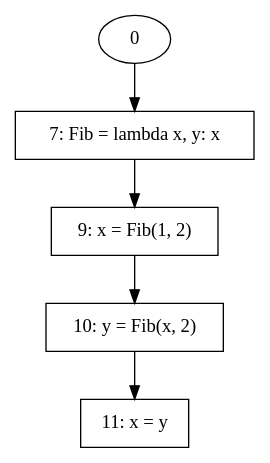
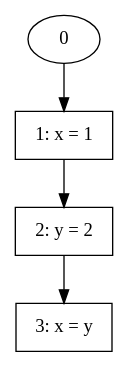
One commit to racerand/PyAnalysis changed the diagram in main/Source.gv. Above: the diagram before and after it, drawn with Graphviz. The commit also changed 3 other files, not shown here.

```diff
--- a/main/Source.gv
+++ b/main/Source.gv
@@ -1,11 +1,9 @@
 // Control Flow Graph
 digraph {
-	1 [label="7: Fib = lambda x, y: x" peripheries=1 shape=rectangle]
+	1 [label="1: x = 1" peripheries=1 shape=rectangle]
 	0 -> 1
-	2 [label="9: x = Fib(1, 2)" peripheries=1 shape=rectangle]
+	2 [label="2: y = 2" peripheries=1 shape=rectangle]
 	1 -> 2
-	3 [label="10: y = Fib(x, 2)" peripheries=1 shape=rectangle]
+	3 [label="3: x = y" peripheries=1 shape=rectangle]
 	2 -> 3
-	4 [label="11: x = y" peripheries=1 shape=rectangle]
-	3 -> 4
 }
```
